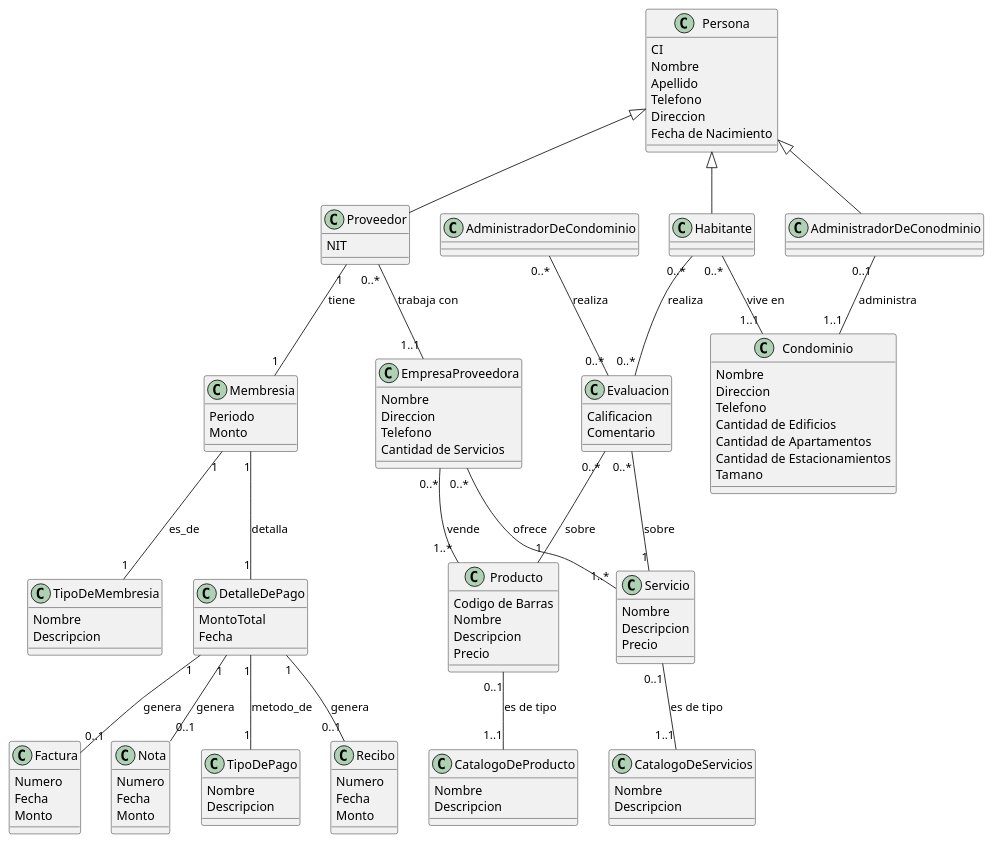
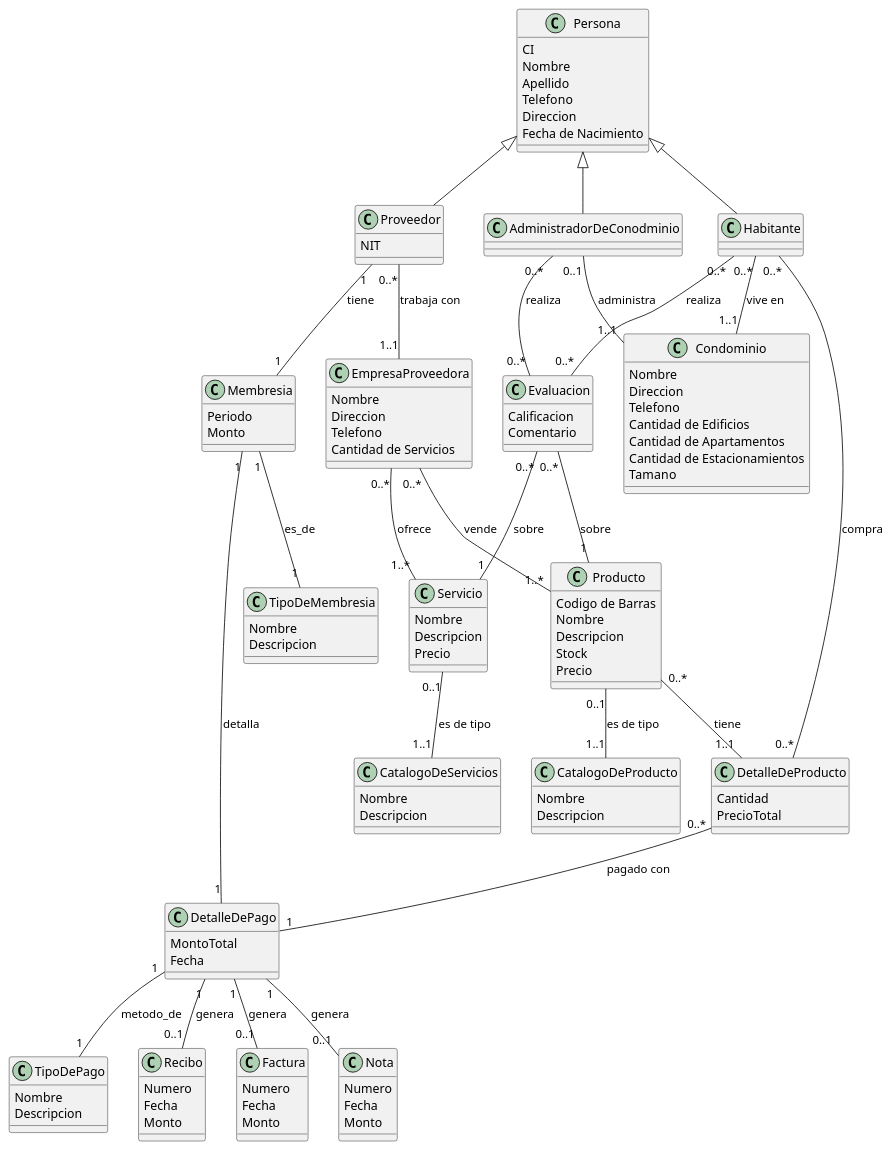
Before and after one commit to UPSA-Projects/docs-condominio: the diagram in docs/src/domain-model/domain-model-v2.wsd, drawn with PlantUML.

Commit message:
add detalle de producto para pago de producto

```diff
--- a/docs/src/domain-model/domain-model-v2.wsd
+++ b/docs/src/domain-model/domain-model-v2.wsd
@@ -1,139 +1,151 @@
 @startuml
 
 ' Relacion entre Roles y Personas
 class Persona { 
   {field} CI
   {field} Nombre
   {field} Apellido
   {field} Telefono
   {field} Direccion
   {field} Fecha de Nacimiento
 }
 
 class Proveedor {
     NIT
 }
 
 class AdministradorDeConodminio {
 }
 
 class Habitante {
 }
 
 class Condominio {
   {field} Nombre
   {field} Direccion
   {field} Telefono
   {field} Cantidad de Edificios
   {field} Cantidad de Apartamentos
   {field} Cantidad de Estacionamientos
   {field} Tamano
 }
 
 class EmpresaProveedora {
   {field} Nombre
   {field} Direccion
   {field} Telefono
   {field} Cantidad de Servicios
 }
 
 ' Productos y Servicios
 class Producto {
   {field} Codigo de Barras 
   {field} Nombre 
-  {field} Descripcion 
+  {field} Descripcion
+  {field} Stock 
   {field} Precio
+}
+
+class DetalleDeProducto {
+  {field} Cantidad
+  {field} PrecioTotal
 }
 
 class CatalogoDeProducto {
   {field} Nombre
   {field} Descripcion
 }
 
 class Servicio {
   {field} Nombre
   {field} Descripcion
   {field} Precio
 }
 
 class CatalogoDeServicios {
   {field} Nombre
   {field} Descripcion
 }
 
 class Evaluacion {
   {field} Calificacion
   {field} Comentario
 }
 
 ' Membrecia a proveedor
 class Membresia { 
   {field} Periodo
   {field} Monto
 }
 
 class TipoDeMembresia {
   {field} Nombre
   {field} Descripcion
 }
 
 class TipoDePago {
   {field} Nombre
   {field} Descripcion
 }
 
 class DetalleDePago {
   {field} MontoTotal
   {field} Fecha
 }
 
 class Recibo {
   {field} Numero
   {field} Fecha
   {field} Monto
 }
 
 class Factura {
   {field} Numero
   {field} Fecha
   {field} Monto
 }
 
 class Nota {
   {field} Numero
   {field} Fecha
   {field} Monto
 }
 
 ' Relacion entre Roles y Personas
 Persona <|-- Proveedor
 Persona <|-- AdministradorDeConodminio
 Persona <|-- Habitante
 Proveedor "0..*" -- "1..1" EmpresaProveedora : trabaja con
 AdministradorDeConodminio "0..1" -- "1..1" Condominio : administra
 Habitante "0..*" -- "1..1" Condominio : vive en
 
 ' Relacion Productos y Servicios
 EmpresaProveedora "0..*" -- "1..*" Producto : vende
 EmpresaProveedora "0..*" -- "1..*" Servicio : ofrece
 Producto "0..1" -- "1..1" CatalogoDeProducto : es de tipo
 Servicio "0..1" -- "1..1" CatalogoDeServicios : es de tipo
 
+' Relacion de Pago de Producto
+Producto "0..*" -- "1..1" DetalleDeProducto : tiene
+Habitante "0..*" -- "0..*" DetalleDeProducto : compra
+DetalleDeProducto "0..*" -- "1" DetalleDePago : pagado con
+
+
 ' Pago de membrecia a proveedor y tipo de pag
 Proveedor "1" -- "1" Membresia : tiene 
 Membresia "1" -- "1" TipoDeMembresia : es_de 
 Membresia "1" -- "1" DetalleDePago : detalla 
 DetalleDePago "1" -- "1" TipoDePago : metodo_de 
 
 DetalleDePago "1" -- "0..1" Recibo : genera 
 DetalleDePago "1" -- "0..1" Factura : genera 
 DetalleDePago "1" -- "0..1" Nota : genera 
 
 ' Evaluacion de Servicios y Productos
 Habitante "0..*" -- "0..*" Evaluacion : realiza
-AdministradorDeCondominio "0..*" -- "0..*" Evaluacion : realiza
+AdministradorDeConodminio "0..*" -- "0..*" Evaluacion : realiza
 Evaluacion "0..*" -- "1" Servicio : sobre
 Evaluacion "0..*" -- "1" Producto : sobre
 
 
 @enduml
```
